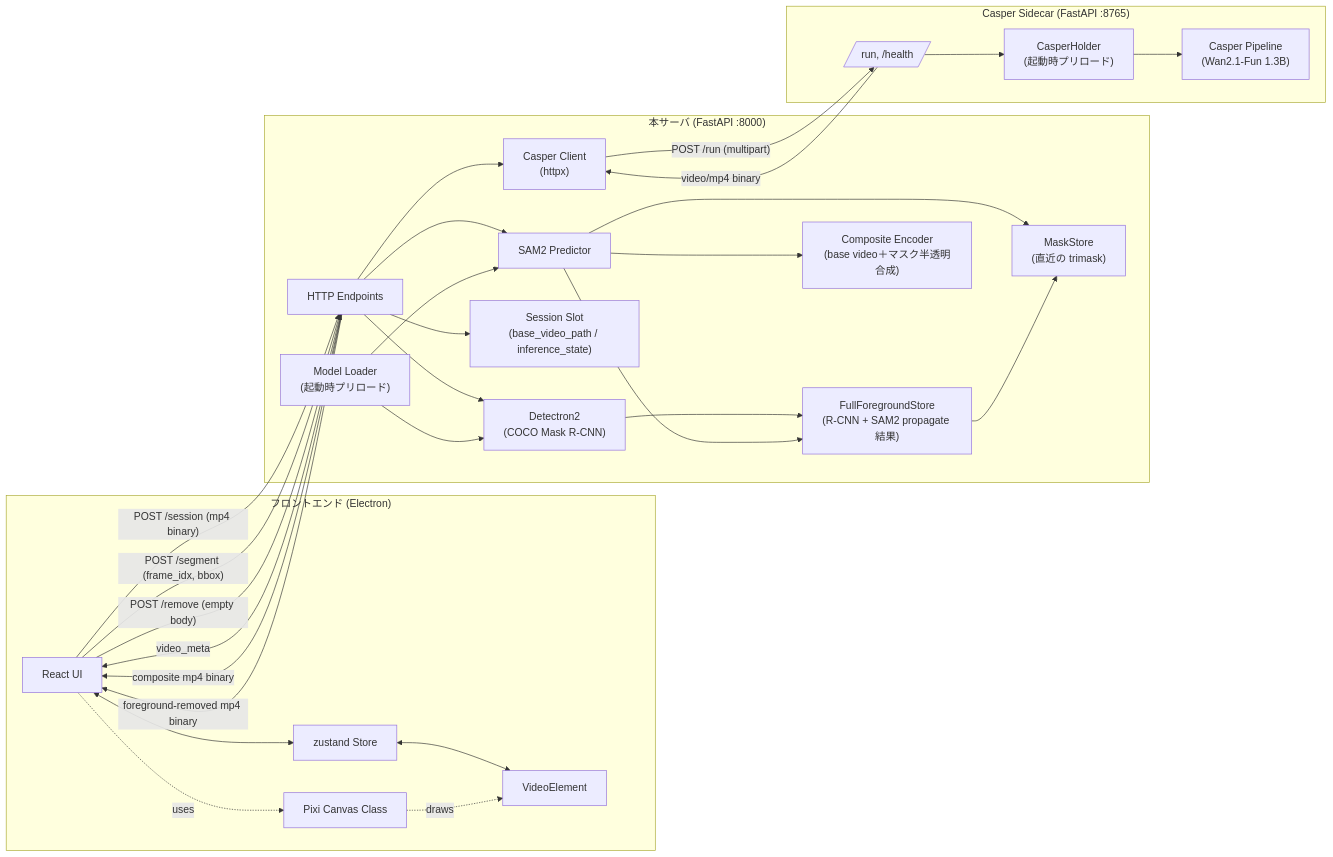
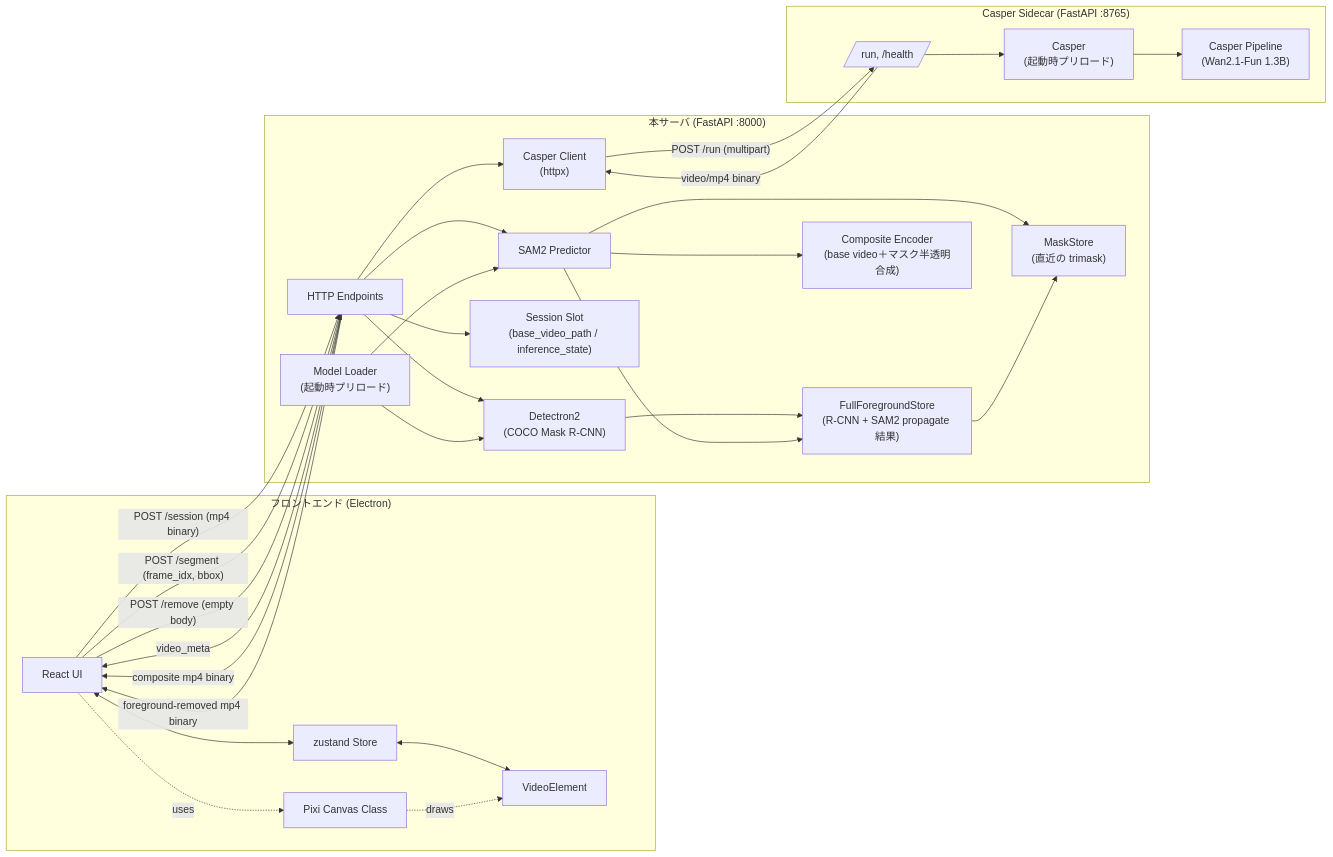
One commit to kanosawa/omnimatte-editor changed the first of 2 diagrams in docs/spec/02-architecture.md. Above: the diagram before and after it, drawn with Mermaid. The commit also changed other lines of this file and 16 other files, not shown here.

````diff
--- a/docs/spec/02-architecture.md
+++ b/docs/spec/02-architecture.md
@@ -5,54 +5,54 @@
 ```mermaid
 flowchart LR
     subgraph FE["フロントエンド (Electron)"]
         UI[React UI]
         Store[zustand Store]
         VE[VideoElement]
         Canvas[Pixi Canvas Class]
         UI <--> Store
         Store <--> VE
         UI -.uses.-> Canvas
         Canvas -.draws.-> VE
     end
 
     subgraph BE["本サーバ (FastAPI :8000)"]
         API[HTTP Endpoints]
         Loader["Model Loader<br/>(起動時プリロード)"]
         Pred[SAM2 Predictor]
         Det["Detectron2<br/>(COCO Mask R-CNN)"]
         Sess["Session Slot<br/>(base_video_path / inference_state)"]
         MStore["MaskStore<br/>(直近の trimask)"]
         FStore["FullForegroundStore<br/>(R-CNN + SAM2 propagate 結果)"]
         Enc["Composite Encoder<br/>(base video＋マスク半透明合成)"]
         CClient["Casper Client<br/>(httpx)"]
         API --> Sess
         API --> Pred
         API --> Det
         Loader --> Pred
         Loader --> Det
         Pred --> Enc
         Pred --> MStore
         Det --> FStore
         Pred --> FStore
         FStore --> MStore
         API --> CClient
     end
 
     subgraph SIDE["Casper Sidecar (FastAPI :8765)"]
         SideAPI[/run, /health/]
-        CHolder["CasperHolder<br/>(起動時プリロード)"]
+        CHolder["Casper<br/>(起動時プリロード)"]
         CPipe["Casper Pipeline<br/>(Wan2.1-Fun 1.3B)"]
         CHolder --> CPipe
         SideAPI --> CHolder
     end
 
     CClient -- "POST /run (multipart)" --> SideAPI
     SideAPI -- "video/mp4 binary" --> CClient
 
     UI -- "POST /session (mp4 binary)" --> API
     API -- "video_meta" --> UI
     UI -- "POST /segment (frame_idx, bbox)" --> API
     API -- "composite mp4 binary" --> UI
     UI -- "POST /remove (empty body)" --> API
     API -- "foreground-removed mp4 binary" --> UI
 ```
````
